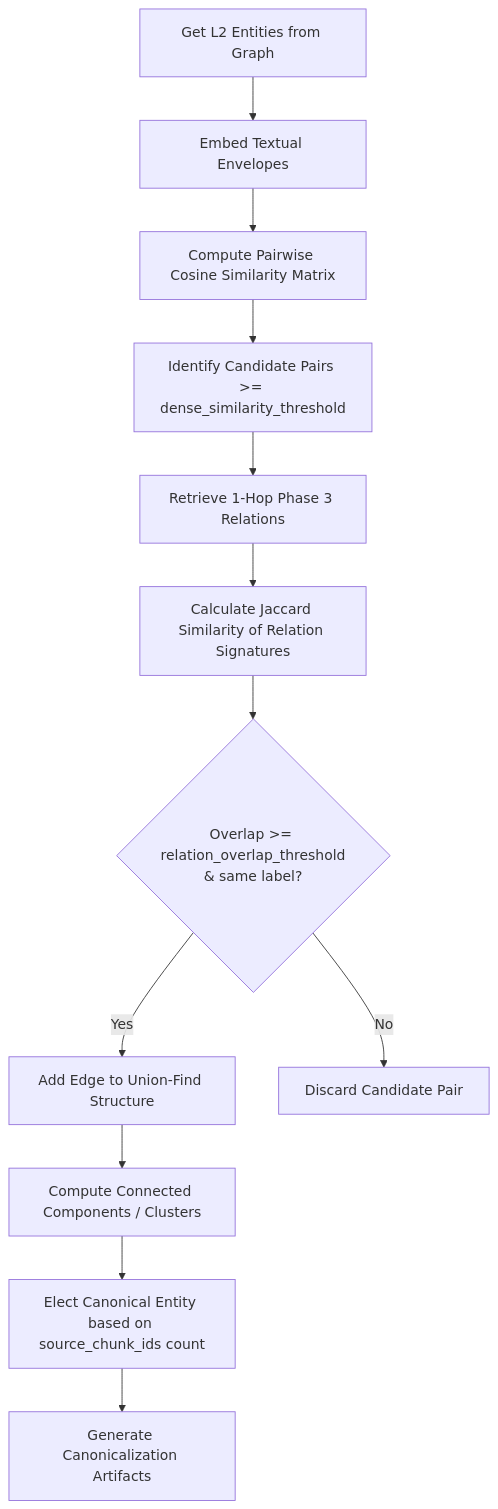
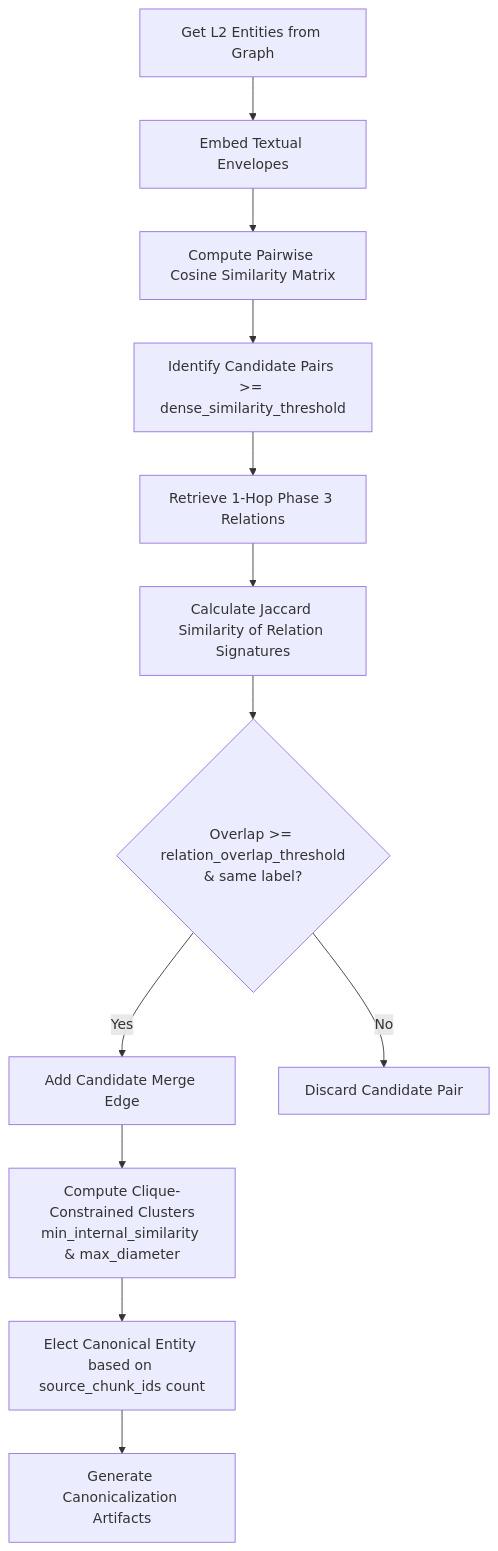
One commit to maxoem/EpistemeX changed the diagram in docs/workflow/3b_consolidation/index.md. Above: the diagram before and after it, drawn with Mermaid. The commit also changed other lines of this file and 20 other files, not shown here.

````diff
--- a/docs/workflow/3b_consolidation/index.md
+++ b/docs/workflow/3b_consolidation/index.md
@@ -29,14 +29,14 @@
 ```mermaid
 flowchart TD
     A[Get L2 Entities from Graph] --> B[Embed Textual Envelopes]
     B --> C[Compute Pairwise Cosine Similarity Matrix]
     C --> D[Identify Candidate Pairs >= dense_similarity_threshold]
     D --> E[Retrieve 1-Hop Phase 3 Relations]
     E --> F[Calculate Jaccard Similarity of Relation Signatures]
     F --> G{Overlap >= relation_overlap_threshold<br>& same label?}
-    G -->|Yes| H[Add Edge to Union-Find Structure]
+    G -->|Yes| H[Add Candidate Merge Edge]
     G -->|No| I[Discard Candidate Pair]
-    H --> J[Compute Connected Components / Clusters]
+    H --> J[Compute Clique-Constrained Clusters<br>min_internal_similarity & max_diameter]
     J --> K[Elect Canonical Entity based on source_chunk_ids count]
     K --> L[Generate Canonicalization Artifacts]
 ```
````
